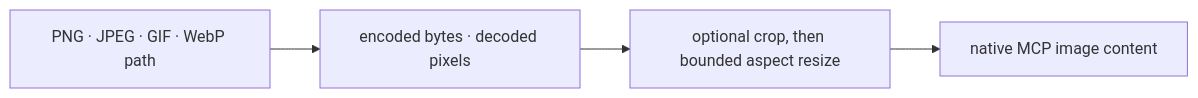
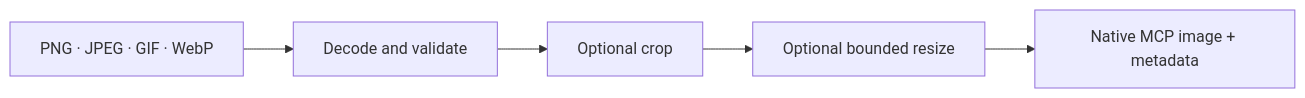
One commit to hicancan/local-runtime-mcp changed the fifth of 7 diagrams in README.md. Above: the diagram before and after it, drawn with Mermaid. The commit also changed other lines of this file and 25 other files, not shown here.

````diff
--- a/README.md
+++ b/README.md
@@ -120,6 +137,7 @@
 ```mermaid
 flowchart LR
-    File["PNG · JPEG · GIF · WebP path"] --> Validate["encoded bytes · decoded pixels"]
-    Validate --> Project["optional crop, then bounded aspect resize"]
-    Project --> Native["native MCP image content"]
+    FILE[PNG · JPEG · GIF · WebP] --> DECODE[Decode and validate]
+    DECODE --> CROP[Optional crop]
+    CROP --> SCALE[Optional bounded resize]
+    SCALE --> MCPIMG[Native MCP image + metadata]
 ```
````
